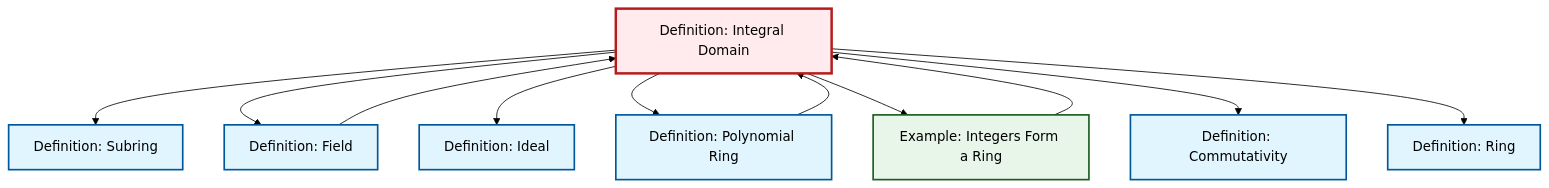
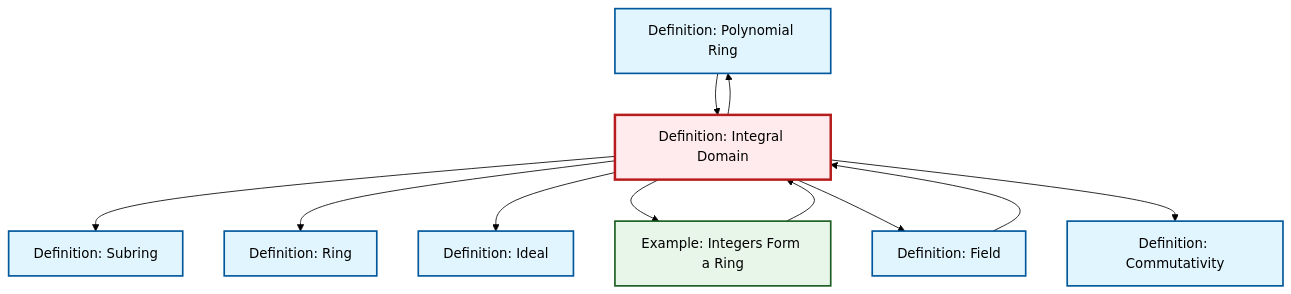
One commit to RK0429/ModernMath changed the diagram in content/ja/algebra/def-integral-domain.qmd. Above: the diagram before and after it, drawn with Mermaid (forest theme). The commit also changed other lines of this file and 634 other files, not shown here.

````diff
--- a/content/ja/algebra/def-integral-domain.qmd
+++ b/content/ja/algebra/def-integral-domain.qmd
@@ -94,35 +94,35 @@
 ```{mermaid}
 %%| fig-cap: "Local dependency graph"
 graph TD
     classDef definition fill:#e1f5fe,stroke:#01579b,stroke-width:2px
     classDef theorem fill:#f3e5f5,stroke:#4a148c,stroke-width:2px
     classDef axiom fill:#fff3e0,stroke:#e65100,stroke-width:2px
     classDef example fill:#e8f5e9,stroke:#1b5e20,stroke-width:2px
     classDef current fill:#ffebee,stroke:#b71c1c,stroke-width:3px
+    def-polynomial-ring["Definition: Polynomial Ring"]:::definition
+    def-ring["Definition: Ring"]:::definition
     def-integral-domain["Definition: Integral Domain"]:::definition
+    def-subring["Definition: Subring"]:::definition
+    def-field["Definition: Field"]:::definition
     def-commutativity["Definition: Commutativity"]:::definition
+    ex-integers-ring["Example: Integers Form a Ring"]:::example
     def-ideal["Definition: Ideal"]:::definition
-    ex-integers-ring["Example: Integers Form a Ring"]:::example
-    def-subring["Definition: Subring"]:::definition
-    def-polynomial-ring["Definition: Polynomial Ring"]:::definition
-    def-field["Definition: Field"]:::definition
-    def-ring["Definition: Ring"]:::definition
     def-integral-domain --> def-subring
-    def-integral-domain --> def-field
+    ex-integers-ring --> def-integral-domain
+    def-integral-domain --> def-ring
     def-integral-domain --> def-ideal
     def-field --> def-integral-domain
+    def-integral-domain --> ex-integers-ring
+    def-integral-domain --> def-field
     def-polynomial-ring --> def-integral-domain
+    def-integral-domain --> def-commutativity
     def-integral-domain --> def-polynomial-ring
-    ex-integers-ring --> def-integral-domain
-    def-integral-domain --> ex-integers-ring
-    def-integral-domain --> def-commutativity
-    def-integral-domain --> def-ring
     class def-integral-domain current
+    click def-polynomial-ring "def-polynomial-ring.html" "Definition: Polynomial Ringへ"
+    click def-ring "def-ring.html" "Definition: Ringへ"
+    click def-subring "def-subring.html" "Definition: Subringへ"
+    click def-field "def-field.html" "Definition: Fieldへ"
     click def-commutativity "def-commutativity.html" "Definition: Commutativityへ"
+    click ex-integers-ring "ex-integers-ring.html" "Example: Integers Form a Ringへ"
     click def-ideal "def-ideal.html" "Definition: Idealへ"
-    click ex-integers-ring "ex-integers-ring.html" "Example: Integers Form a Ringへ"
-    click def-subring "def-subring.html" "Definition: Subringへ"
-    click def-polynomial-ring "def-polynomial-ring.html" "Definition: Polynomial Ringへ"
-    click def-field "def-field.html" "Definition: Fieldへ"
-    click def-ring "def-ring.html" "Definition: Ringへ"
 ```
````
